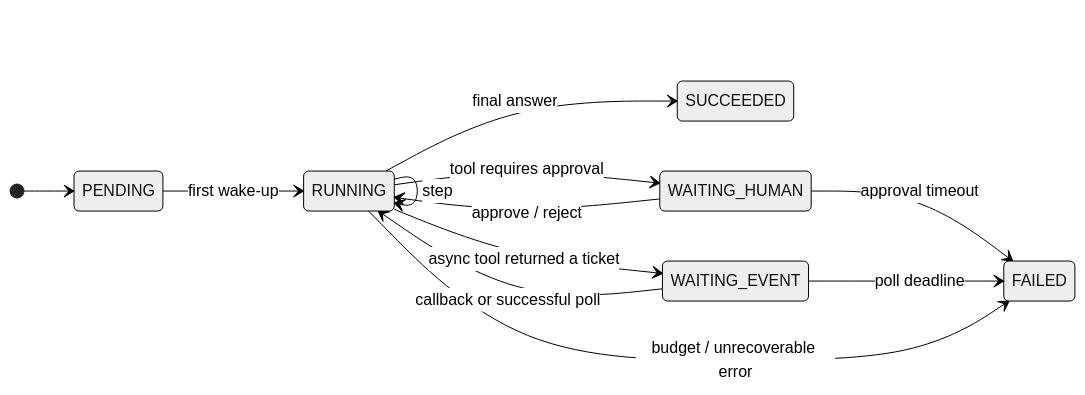
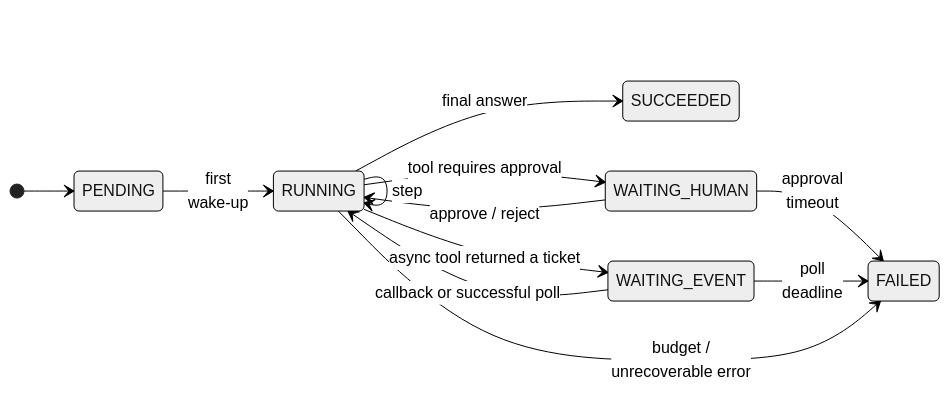
One commit to aniryou/full-stack-agentic-engineer changed the first of 4 diagrams in 07-application-agent-framework/long-running-durable/PRIMER.md. Above: the diagram before and after it, drawn with Mermaid (neutral theme). The commit also changed other lines of this file and 211 other files, not shown here.

````diff
--- a/07-application-agent-framework/long-running-durable/PRIMER.md
+++ b/07-application-agent-framework/long-running-durable/PRIMER.md
@@ -50,15 +50,16 @@
 ```mermaid
 stateDiagram-v2
+    accTitle: A run goes from PENDING to RUNNING, waits in WAITING_HUMAN or WAITING_EVENT, and ends in SUCCEEDED or FAILED.
     direction LR
     [*] --> PENDING
-    PENDING --> RUNNING: first wake-up
+    PENDING --> RUNNING: first<br/>wake-up
     RUNNING --> RUNNING: step
     RUNNING --> WAITING_HUMAN: tool requires approval
     RUNNING --> WAITING_EVENT: async tool returned a ticket
     WAITING_HUMAN --> RUNNING: approve / reject
-    WAITING_HUMAN --> FAILED: approval timeout
+    WAITING_HUMAN --> FAILED: approval<br/>timeout
     WAITING_EVENT --> RUNNING: callback or successful poll
-    WAITING_EVENT --> FAILED: poll deadline
+    WAITING_EVENT --> FAILED: poll<br/>deadline
     RUNNING --> SUCCEEDED: final answer
-    RUNNING --> FAILED: budget / unrecoverable error
+    RUNNING --> FAILED: budget /<br/>unrecoverable error
 ```
````
